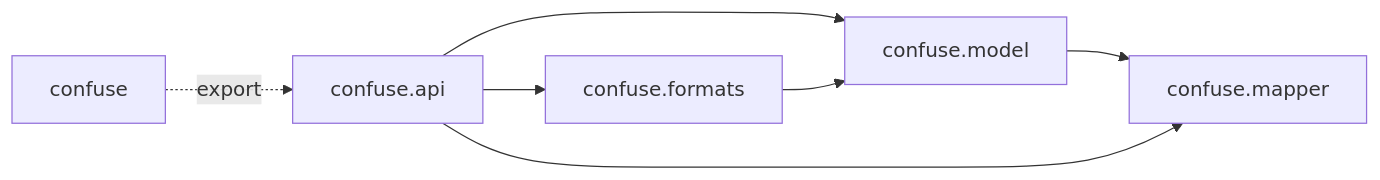
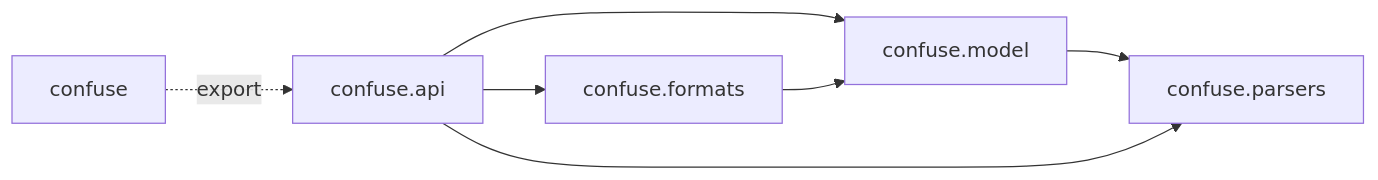
The first of 2 diagrams in confuse/docs/_index.md (jodersky/applib), drawn with Mermaid before and after one commit. The commit also changed other lines of this file and 28 other files, not shown here.

````diff
--- a/confuse/docs/_index.md
+++ b/confuse/docs/_index.md
@@ -8,9 +34,9 @@
 ```mermaid
 flowchart LR
   confuse .-> |export| confuse.api;
   confuse.api --> confuse.model;
   confuse.api --> confuse.formats;
   confuse.formats --> confuse.model;
-  confuse.model --> confuse.mapper;
-  confuse.api --> confuse.mapper;
+  confuse.model --> confuse.parsers;
+  confuse.api --> confuse.parsers;
 ```
````
